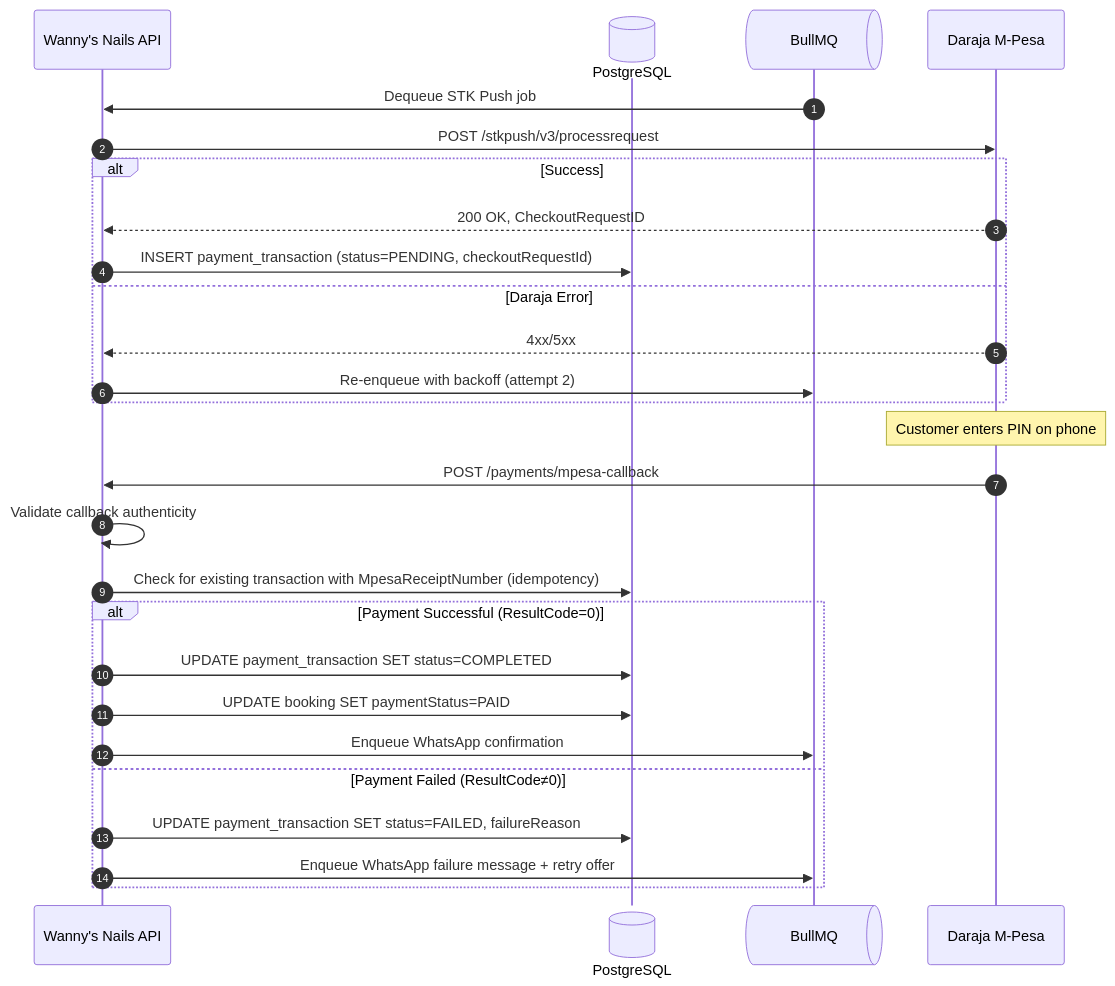
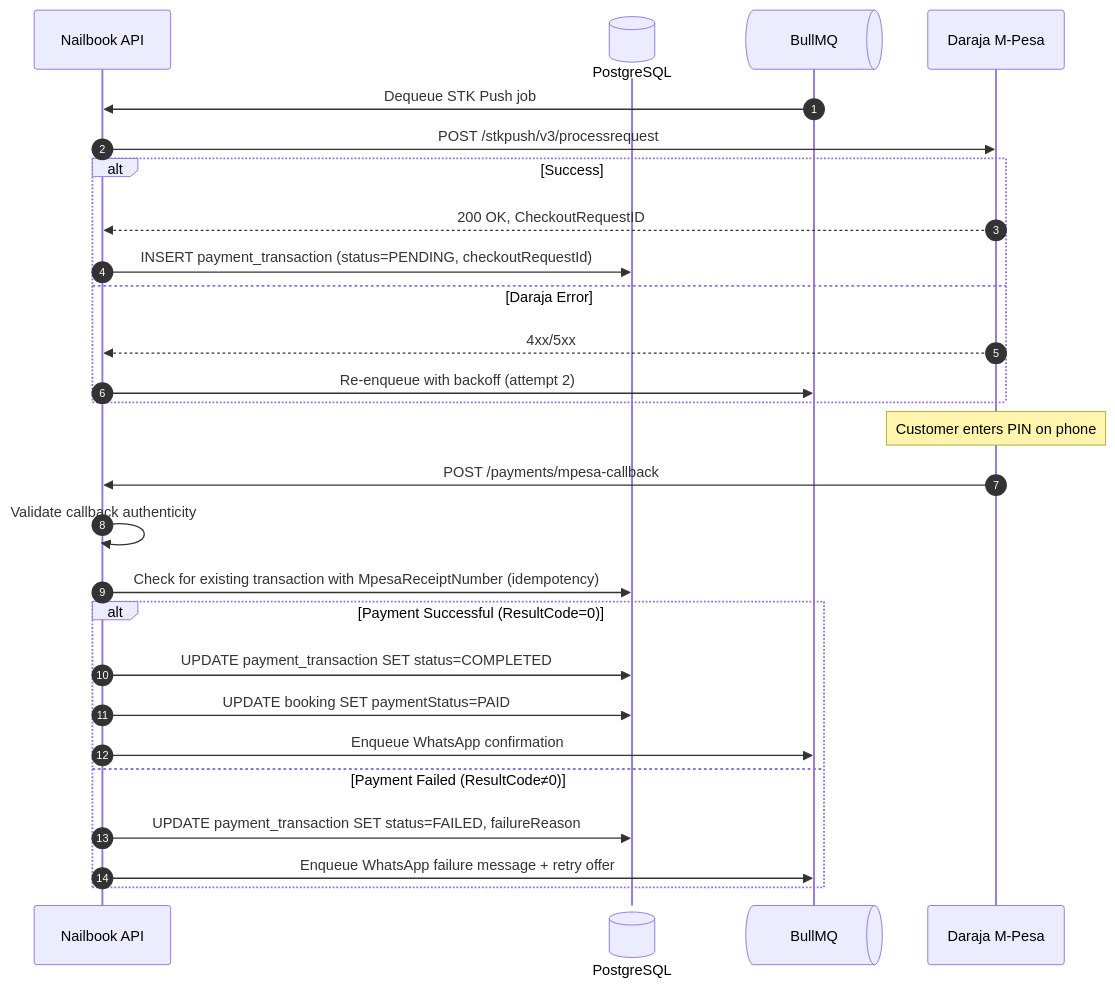
Before and after one commit to eva003n/Nailbook: the sixth of 7 diagrams in docs/ARCHITECTURE.md, drawn with Mermaid. The commit also changed other lines of this file and 99 other files, not shown here.

First line of the commit message:
refactor: rename app from Wanny's Nails to Nailbook

````diff
--- a/docs/ARCHITECTURE.md
+++ b/docs/ARCHITECTURE.md
@@ -224,33 +224,33 @@
 ```mermaid
 sequenceDiagram
     autonumber
-    participant API as Wanny's Nails API
+    participant API as Nailbook API
     participant DB@{"type": "database"} as PostgreSQL
     participant Queue@{"type": "queue" } as BullMQ
     participant Daraja as Daraja M-Pesa
 
     Queue->>API: Dequeue STK Push job
     API->>Daraja: POST /stkpush/v3/processrequest
     alt Success
         Daraja-->>API: 200 OK, CheckoutRequestID
         API->>DB: INSERT payment_transaction (status=PENDING, checkoutRequestId)
     else Daraja Error
         Daraja-->>API: 4xx/5xx
         API->>Queue: Re-enqueue with backoff (attempt 2)
     end
 
     Note over Daraja: Customer enters PIN on phone
 
     Daraja->>API: POST /payments/mpesa-callback
     API->>API: Validate callback authenticity
     API->>DB: Check for existing transaction with MpesaReceiptNumber (idempotency)
 
     alt Payment Successful (ResultCode=0)
         API->>DB: UPDATE payment_transaction SET status=COMPLETED
         API->>DB: UPDATE booking SET paymentStatus=PAID
         API->>Queue: Enqueue WhatsApp confirmation
     else Payment Failed (ResultCode≠0)
         API->>DB: UPDATE payment_transaction SET status=FAILED, failureReason
         API->>Queue: Enqueue WhatsApp failure message + retry offer
     end
 ```
````
